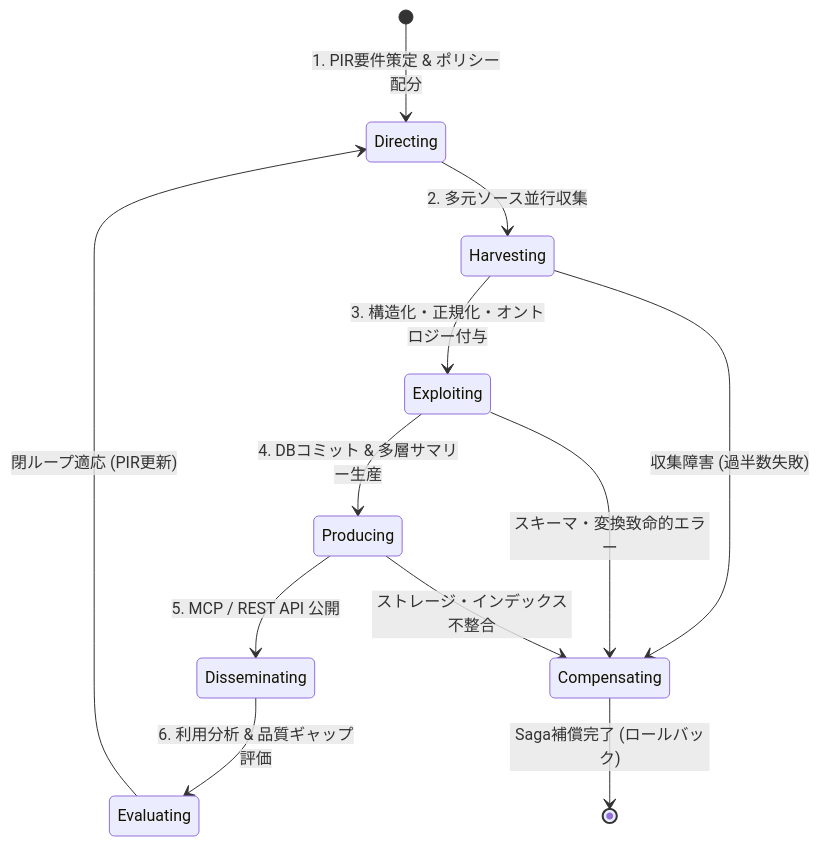
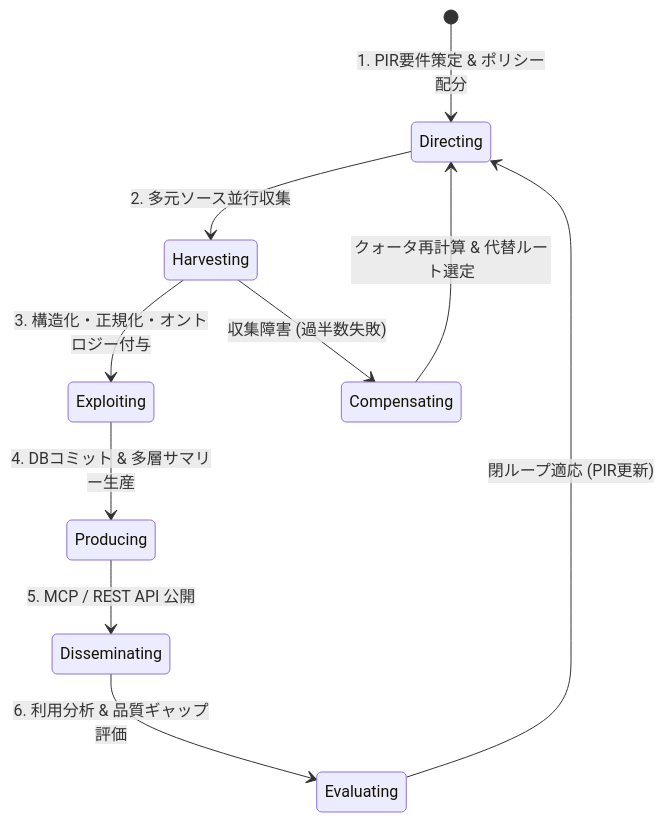
The fourth of 5 diagrams in docs/designs/DSN-11-intelligence_orchestration_engine.md (rokujyouhitoma/arxiv-security-papers), drawn with Mermaid before and after one commit. The commit also changed other lines of this file and 7 other files, not shown here.

````diff
--- a/docs/designs/DSN-11-intelligence_orchestration_engine.md
+++ b/docs/designs/DSN-11-intelligence_orchestration_engine.md
@@ -290,15 +290,13 @@
 ```mermaid
 stateDiagram-v2
     [*] --> Directing: 1. PIR要件策定 & ポリシー配分
     Directing --> Harvesting: 2. 多元ソース並行収集
     Harvesting --> Exploiting: 3. 構造化・正規化・オントロジー付与
     Exploiting --> Producing: 4. DBコミット & 多層サマリー生産
     Producing --> Disseminating: 5. MCP / REST API 公開
     Disseminating --> Evaluating: 6. 利用分析 & 品質ギャップ評価
     Evaluating --> Directing: 閉ループ適応 (PIR更新)
 
     Harvesting --> Compensating: 収集障害 (過半数失敗)
-    Exploiting --> Compensating: スキーマ・変換致命的エラー
-    Producing --> Compensating: ストレージ・インデックス不整合
-    Compensating --> [*]: Saga補償完了 (ロールバック)
+    Compensating --> Directing: クォータ再計算 & 代替ルート選定
 ```
````
